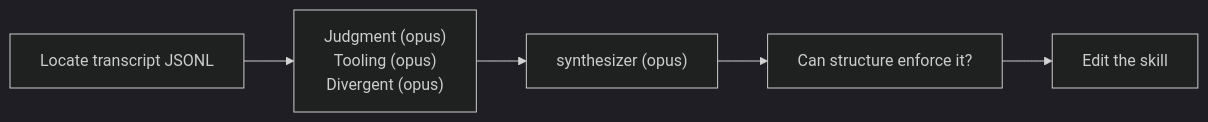
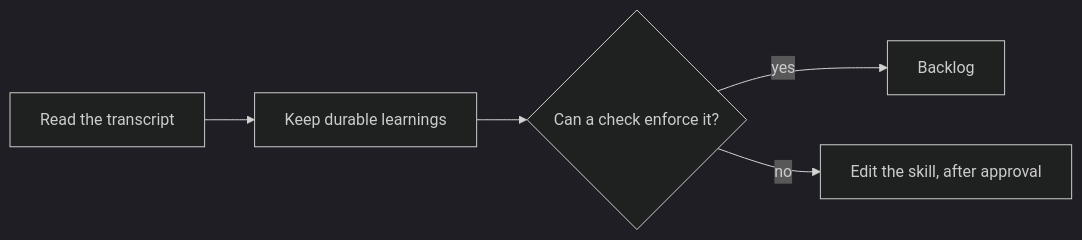
One commit to souljazzfunk/lab changed the ninth of 12 diagrams in pstack-cc/docs/skill-map.en.md. Above: the diagram before and after it, drawn with Mermaid (dark theme). The commit also changed other lines of this file and 140 other files, not shown here.

First line of the commit message:
pstack: 上流 3fa33bb に追従し、reflect・architect・multi-phase-plan の簡素化と新しい既定に合わせる (#84)

````diff
--- a/pstack-cc/docs/skill-map.en.md
+++ b/pstack-cc/docs/skill-map.en.md
@@ -171,7 +169,7 @@
 ```mermaid
 flowchart LR
-  A[Locate transcript JSONL] --> B["Judgment (opus)<br/>Tooling (opus)<br/>Divergent (opus)"]
-  B --> C["synthesizer (opus)"]
-  C --> D[Can structure enforce it?]
-  D --> E[Edit the skill]
+  A[Read the transcript] --> B[Keep durable learnings]
+  B --> C{Can a check enforce it?}
+  C -->|yes| D[Backlog]
+  C -->|no| E[Edit the skill, after approval]
 ```
````
